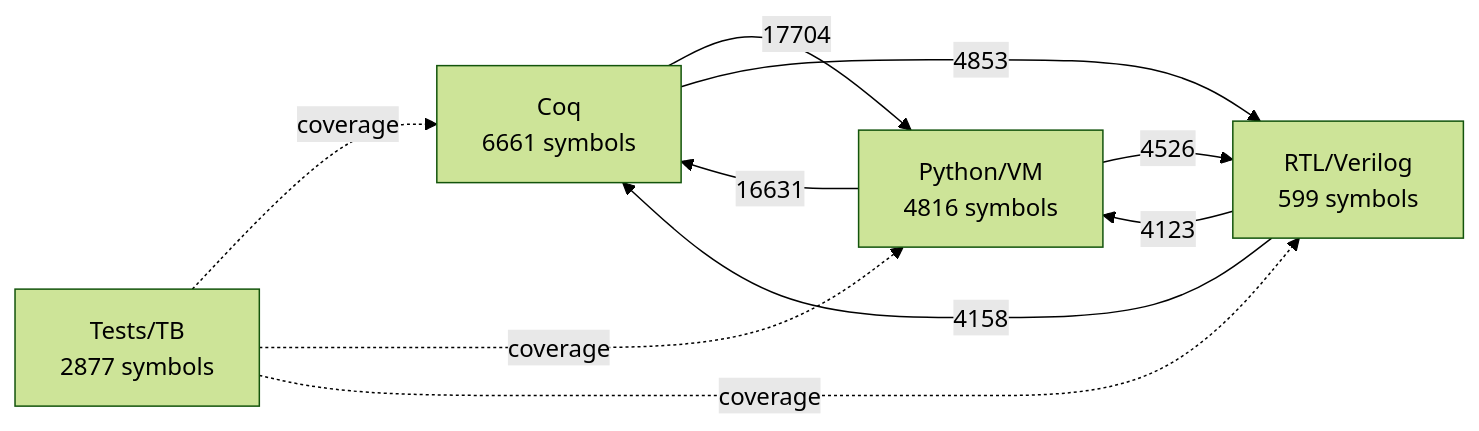
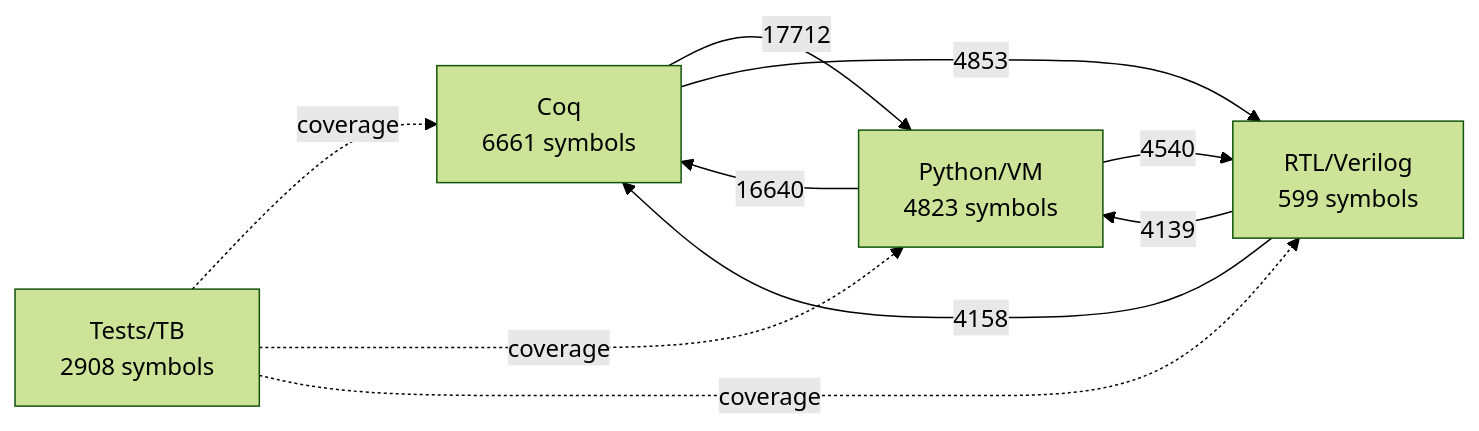
The first of 3 diagrams in artifacts/ATLAS.md (sethirus/The-Thiele-Machine), drawn with Mermaid (forest theme) before and after one commit. The commit also changed other lines of this file and 52 other files, not shown here.

````diff
--- a/artifacts/ATLAS.md
+++ b/artifacts/ATLAS.md
@@ -652,16 +665,16 @@
 ```mermaid
 flowchart LR
   C["Coq\n6661 symbols"]
-  P["Python/VM\n4816 symbols"]
+  P["Python/VM\n4823 symbols"]
   R["RTL/Verilog\n599 symbols"]
-  T["Tests/TB\n2877 symbols"]
-  C -->|17704| P
-  P -->|16631| C
+  T["Tests/TB\n2908 symbols"]
+  C -->|17712| P
+  P -->|16640| C
   C -->|4853| R
   R -->|4158| C
-  P -->|4526| R
-  R -->|4123| P
+  P -->|4540| R
+  R -->|4139| P
   T -. coverage .-> C
   T -. coverage .-> P
   T -. coverage .-> R
 ```
````
